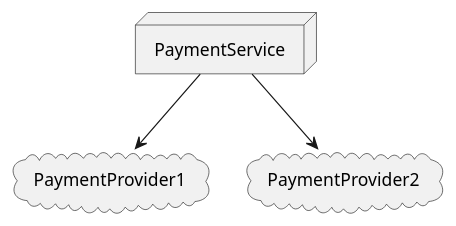
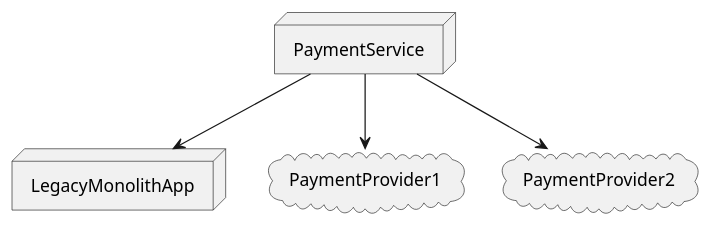
Before and after one commit to Service360-SampleOrg/PaymentService: the diagram in service.puml, drawn with PlantUML.

```diff
--- a/service.puml
+++ b/service.puml
@@ -2,16 +2,19 @@
 @startuml
 
 node PaymentService {
+}
+
+node LegacyMonolithApp {
 }
 
 cloud PaymentProvider1 {
 }
 
 cloud PaymentProvider2 {
 }
 
 PaymentService --> PaymentProvider1
 PaymentService --> PaymentProvider2
-
+PaymentService --> LegacyMonolithApp
 
 @enduml
```
